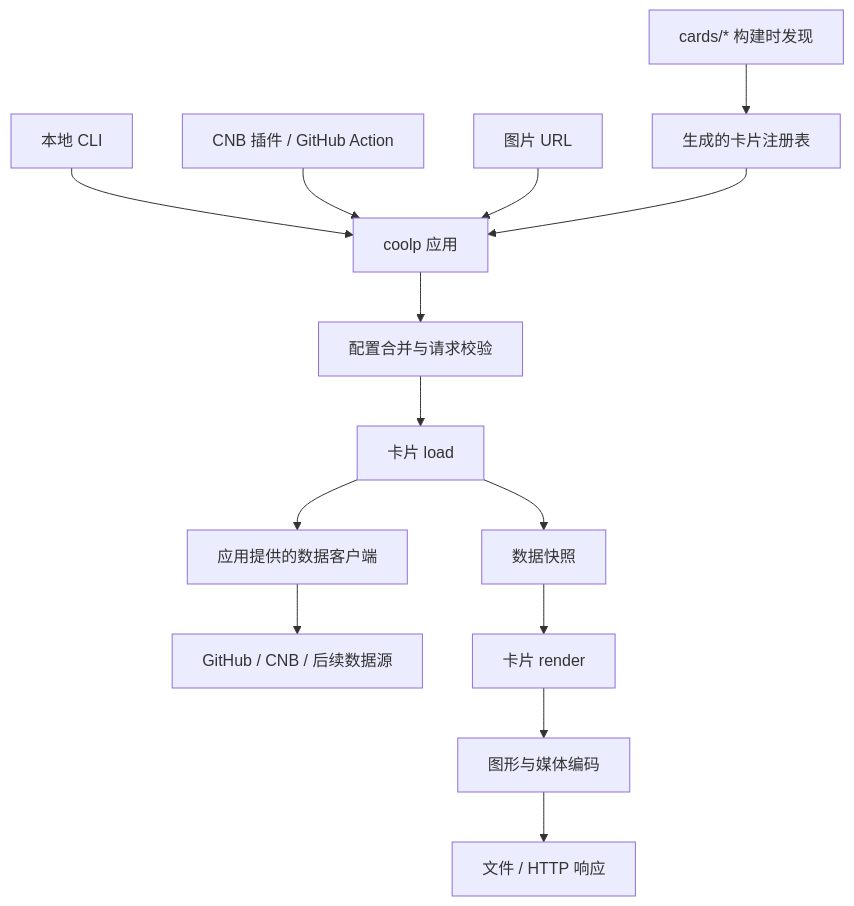
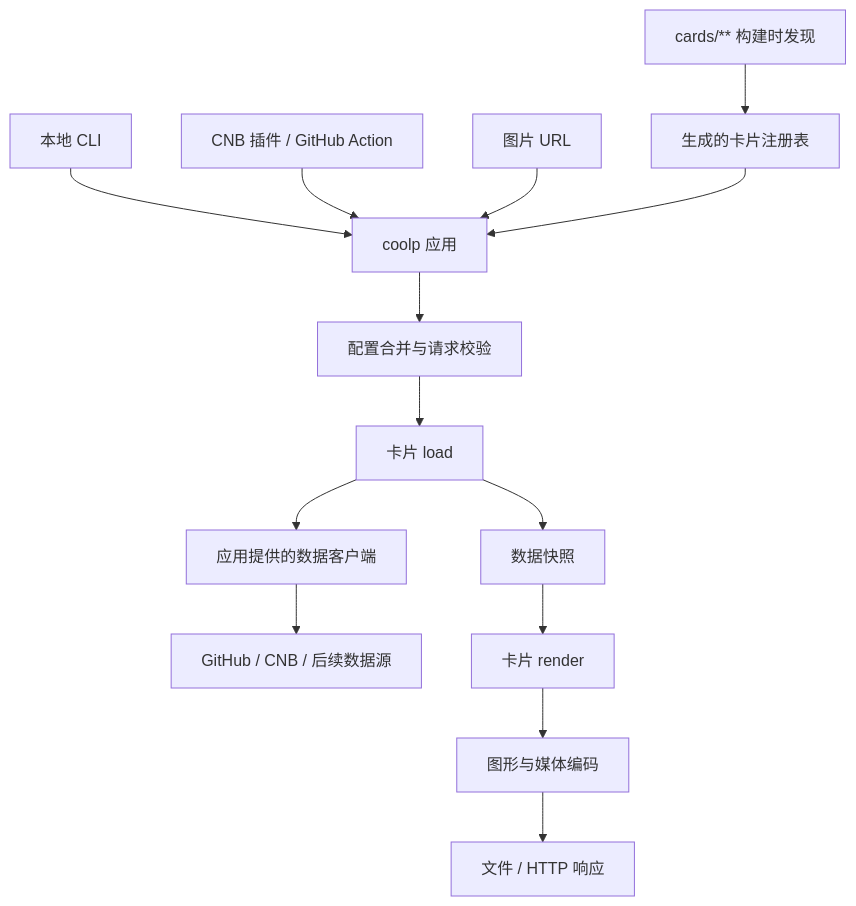
The diagram in docs/architecture.md (elonzh/cool-profile), drawn with Mermaid before and after one commit. The commit also changed other lines of this file and 151 other files, not shown here.

````diff
--- a/docs/architecture.md
+++ b/docs/architecture.md
@@ -17,16 +17,16 @@
 ```mermaid
 flowchart TD
   Local[本地 CLI] --> App[coolp 应用]
   CI[CNB 插件 / GitHub Action] --> App
   HTTP[图片 URL] --> App
   App --> Config[配置合并与请求校验]
   Config --> Load[卡片 load]
   Load --> Data[应用提供的数据客户端]
   Data --> Providers[GitHub / CNB / 后续数据源]
   Load --> Snapshot[数据快照]
   Snapshot --> Draw[卡片 render]
   Draw --> Graphics[图形与媒体编码]
   Graphics --> Delivery[文件 / HTTP 响应]
-  Discovery[cards/* 构建时发现] --> Registry[生成的卡片注册表]
+  Discovery[cards/** 构建时发现] --> Registry[生成的卡片注册表]
   Registry --> App
 ```
````
